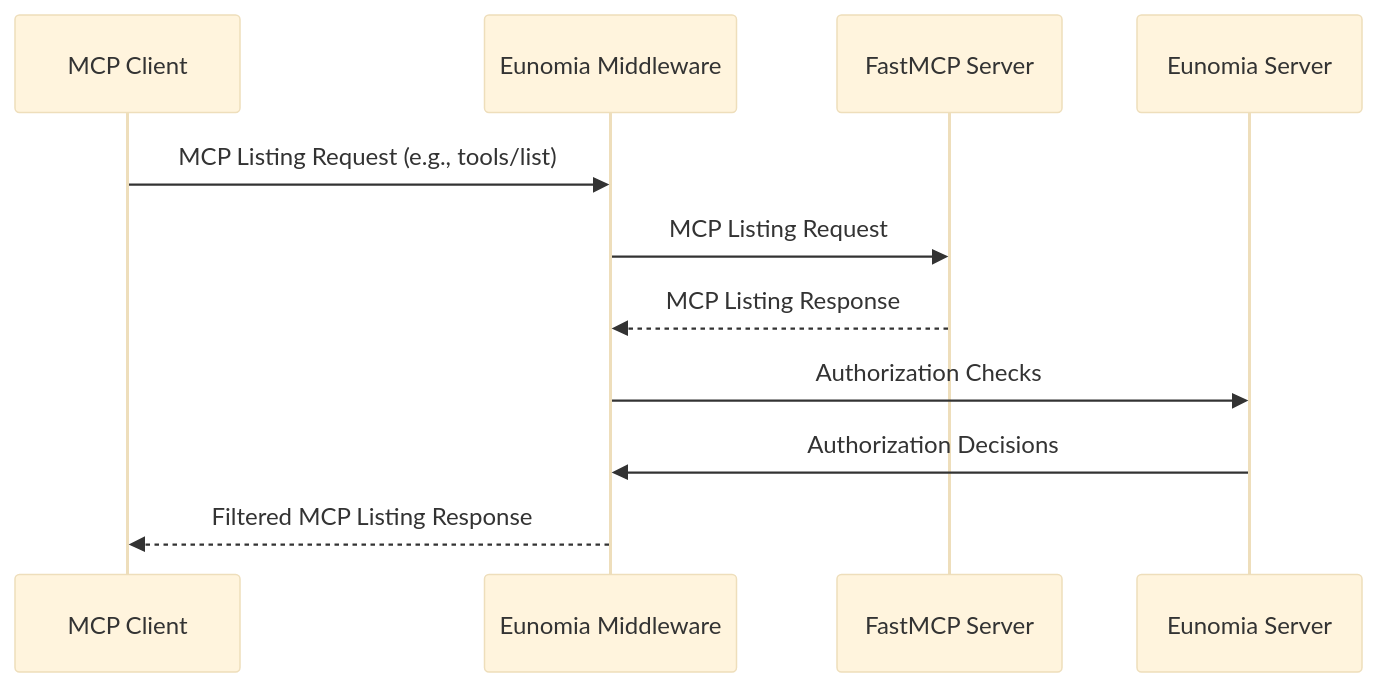
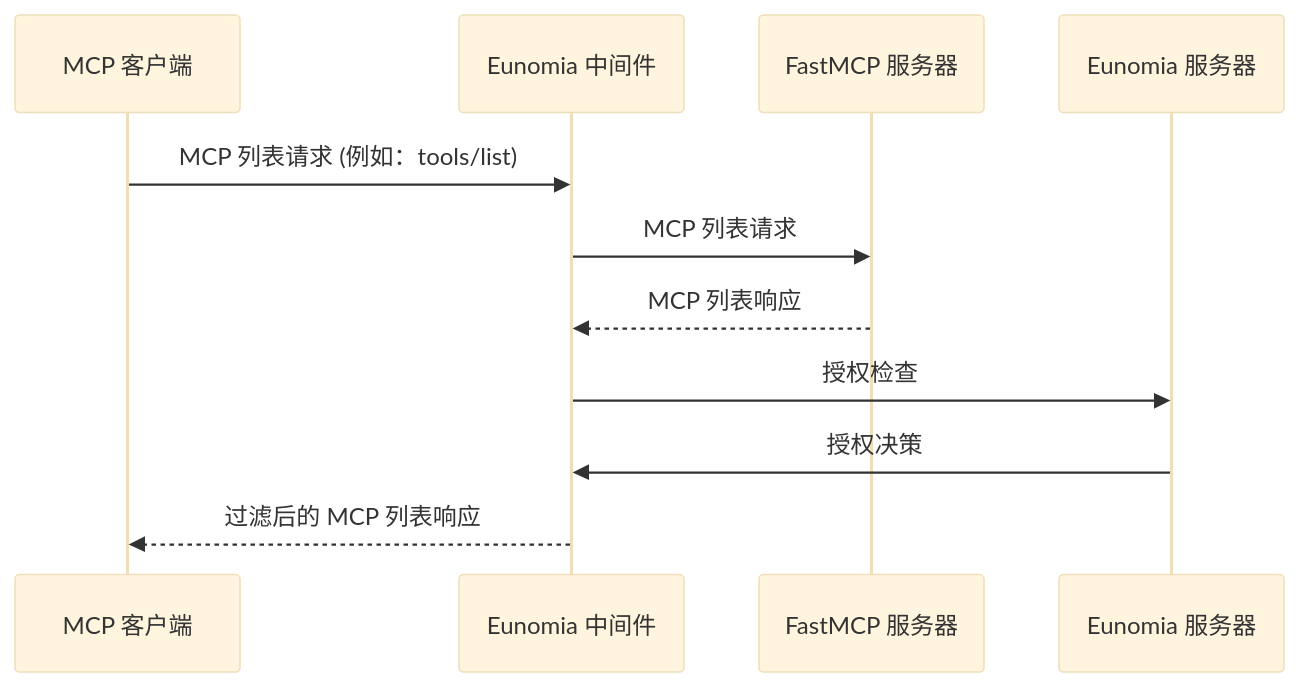
Before and after one commit to Gu-f/FastmcpDocs: the first of 2 diagrams in i18n/zh/integrations/eunomia-authorization.mdx, drawn with Mermaid (base theme). The commit also changed other lines of this file and 13 other files, not shown here.

````diff
--- a/i18n/zh/integrations/eunomia-authorization.mdx
+++ b/i18n/zh/integrations/eunomia-authorization.mdx
@@ -20,14 +20,14 @@
 ```mermaid
 sequenceDiagram
-    participant MCPClient as MCP Client
-    participant EunomiaMiddleware as Eunomia Middleware
-    participant MCPServer as FastMCP Server
-    participant EunomiaServer as Eunomia Server
+    participant MCPClient as MCP 客户端
+    participant EunomiaMiddleware as Eunomia 中间件
+    participant MCPServer as FastMCP 服务器
+    participant EunomiaServer as Eunomia 服务器
 
-    MCPClient->>EunomiaMiddleware: MCP Listing Request (e.g., tools/list)
-    EunomiaMiddleware->>MCPServer: MCP Listing Request
-    MCPServer-->>EunomiaMiddleware: MCP Listing Response
-    EunomiaMiddleware->>EunomiaServer: Authorization Checks
-    EunomiaServer->>EunomiaMiddleware: Authorization Decisions
-    EunomiaMiddleware-->>MCPClient: Filtered MCP Listing Response
+    MCPClient->>EunomiaMiddleware: MCP 列表请求 (例如：tools/list)
+    EunomiaMiddleware->>MCPServer: MCP 列表请求
+    MCPServer-->>EunomiaMiddleware: MCP 列表响应
+    EunomiaMiddleware->>EunomiaServer: 授权检查
+    EunomiaServer->>EunomiaMiddleware: 授权决策
+    EunomiaMiddleware-->>MCPClient: 过滤后的 MCP 列表响应
 ```
````
